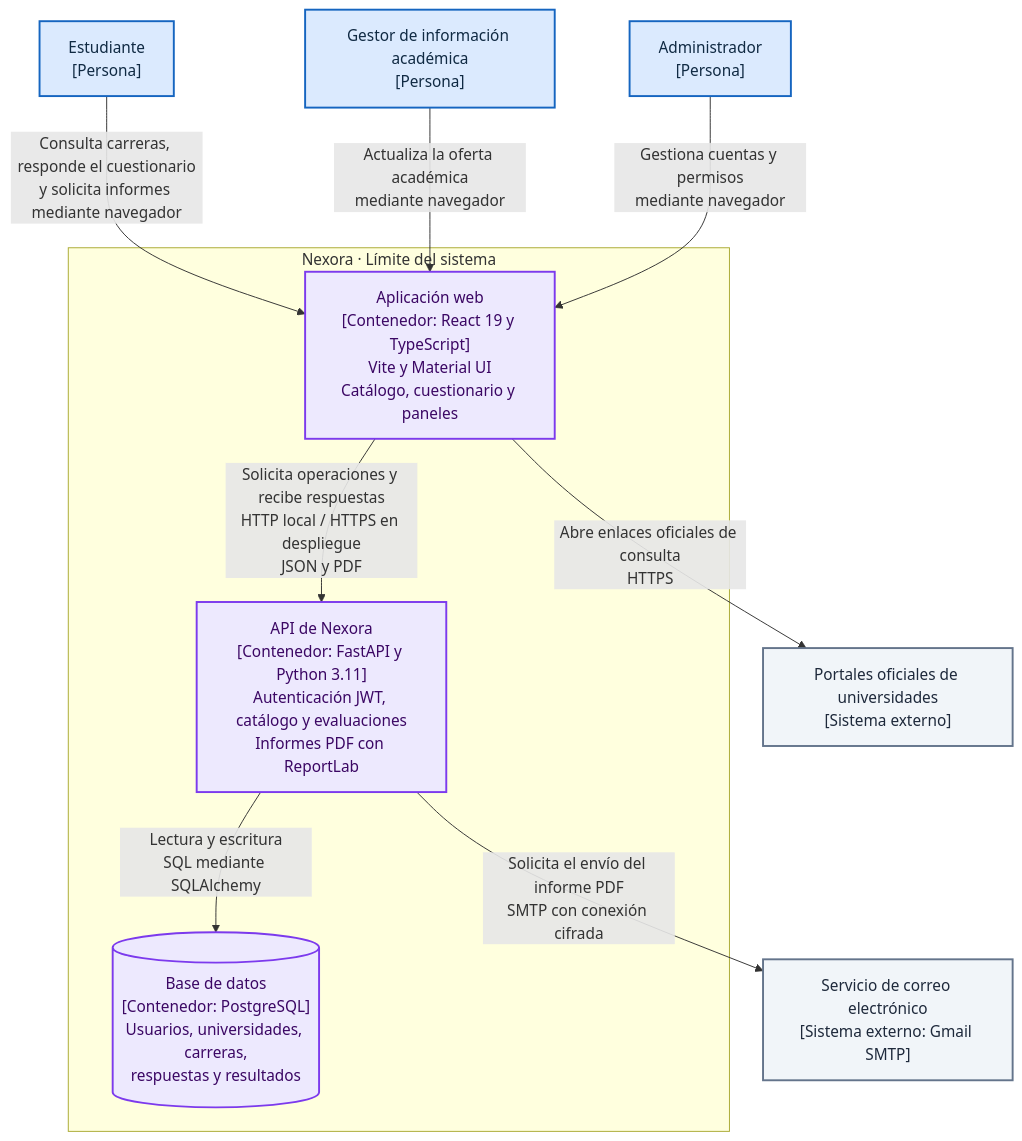
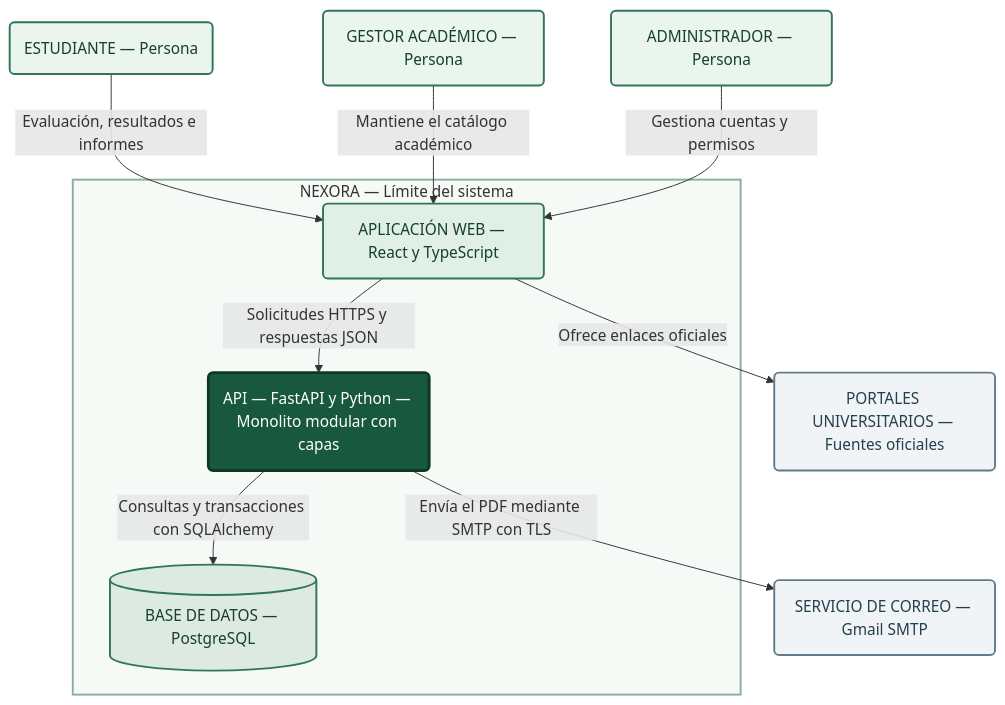
Before and after one commit to enriqueherreraec/nexora-arquitectura: the diagram in docs/02-vistas-c4/nivel2.md, drawn with Mermaid. The commit also changed other lines of this file, not shown here.

````diff
--- a/docs/02-vistas-c4/nivel2.md
+++ b/docs/02-vistas-c4/nivel2.md
@@ -3,42 +15,39 @@
 ```mermaid
 flowchart TB
-    E["Estudiante<br/>[Persona]"]
+    estudiante("ESTUDIANTE — Persona")
+    gestor("GESTOR ACADÉMICO — Persona")
+    administrador("ADMINISTRADOR — Persona")
 
-    G["Gestor de información académica<br/>[Persona]"]
+    subgraph nexora["NEXORA — Límite del sistema"]
+        web("APLICACIÓN WEB — React y TypeScript")
+        api("API — FastAPI y Python — Monolito modular con capas")
+        bd[("BASE DE DATOS — PostgreSQL")]
 
-    A["Administrador<br/>[Persona]"]
-
-    subgraph N["Nexora · Límite del sistema"]
-        W["Aplicación web<br/>[Contenedor: React 19 y TypeScript]<br/>Vite y Material UI<br/>Catálogo, cuestionario y paneles"]
-
-        API["API de Nexora<br/>[Contenedor: FastAPI y Python 3.11]<br/>Autenticación JWT, catálogo y evaluaciones<br/>Informes PDF con ReportLab"]
-
-        DB[("Base de datos<br/>[Contenedor: PostgreSQL]<br/>Usuarios, universidades, carreras,<br/>respuestas y resultados")]
-
-        W -->|"Solicita operaciones y recibe respuestas<br/>HTTP local / HTTPS en despliegue<br/>JSON y PDF"| API
-
-        API -->|"Lectura y escritura<br/>SQL mediante SQLAlchemy"| DB
+        web -->|"Solicitudes HTTPS y respuestas JSON"| api
+        api -->|"Consultas y transacciones con SQLAlchemy"| bd
     end
 
-    P["Portales oficiales de universidades<br/>[Sistema externo]"]
+    correo("SERVICIO DE CORREO — Gmail SMTP")
+    universidades("PORTALES UNIVERSITARIOS — Fuentes oficiales")
 
-    C["Servicio de correo electrónico<br/>[Sistema externo: Gmail SMTP]"]
+    estudiante -->|"Evaluación, resultados e informes"| web
+    gestor -->|"Mantiene el catálogo académico"| web
+    administrador -->|"Gestiona cuentas y permisos"| web
 
-    E -->|"Consulta carreras, responde el cuestionario<br/>y solicita informes mediante navegador"| W
+    api -->|"Envía el PDF mediante SMTP con TLS"| correo
+    web -->|"Ofrece enlaces oficiales"| universidades
 
-    G -->|"Actualiza la oferta académica<br/>mediante navegador"| W
+    classDef persona fill:#EAF5EF,stroke:#307653,color:#173F2C,stroke-width:2px
+    classDef interfaz fill:#E0EFE8,stroke:#307653,color:#173F2C,stroke-width:2px
+    classDef principal fill:#18583F,stroke:#0D3827,color:#FFFFFF,stroke-width:3px
+    classDef datos fill:#DCEAE3,stroke:#307653,color:#173F2C,stroke-width:2px
+    classDef externo fill:#F0F4F7,stroke:#617D8B,color:#253F4C,stroke-width:2px
 
-    A -->|"Gestiona cuentas y permisos<br/>mediante navegador"| W
+    class estudiante,gestor,administrador persona
+    class web interfaz
+    class api principal
+    class bd datos
+    class correo,universidades externo
 
-    W -->|"Abre enlaces oficiales de consulta<br/>HTTPS"| P
-
-    API -->|"Solicita el envío del informe PDF<br/>SMTP con conexión cifrada"| C
-
-    classDef persona fill:#DBEAFE,stroke:#1565C0,stroke-width:2px,color:#102A43;
-    classDef contenedor fill:#EDE9FE,stroke:#7C3AED,stroke-width:2px,color:#3B0764;
-    classDef externo fill:#F1F5F9,stroke:#64748B,stroke-width:2px,color:#1E293B;
-
-    class E,G,A persona;
-    class W,API,DB contenedor;
-    class C,P externo;
+    style nexora fill:#F6FAF7,stroke:#8AAE99,stroke-width:2px
 ```
````
